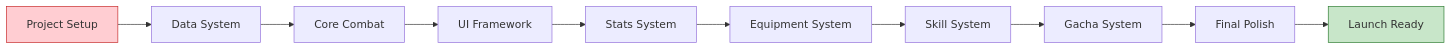
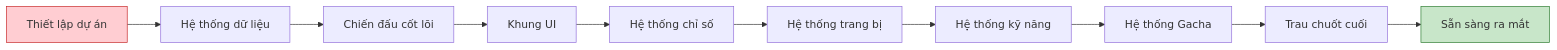
Before and after one commit to luantran-working/idlegame-designdocs: the second of 2 diagrams in docs/plan-timelines/tong-quan.md, drawn with Mermaid. The commit also changed other lines of this file and 9 other files, not shown here.

Commit message:
docs: Add initial project design documentation, including a detailed roadmap and specific timeline plans for various development aspects.

````diff
--- a/docs/plan-timelines/tong-quan.md
+++ b/docs/plan-timelines/tong-quan.md
@@ -144,15 +144,15 @@
 ```mermaid
 flowchart LR
-    A[Project Setup] --> B[Data System]
-    B --> C[Core Combat]
-    C --> D[UI Framework]
-    D --> E[Stats System]
-    E --> F[Equipment System]
-    F --> G[Skill System]
-    G --> H[Gacha System]
-    H --> I[Final Polish]
-    I --> J[Launch Ready]
+    A[Thiết lập dự án] --> B[Hệ thống dữ liệu]
+    B --> C[Chiến đấu cốt lõi]
+    C --> D[Khung UI]
+    D --> E[Hệ thống chỉ số]
+    E --> F[Hệ thống trang bị]
+    F --> G[Hệ thống kỹ năng]
+    G --> H[Hệ thống Gacha]
+    H --> I[Trau chuốt cuối]
+    I --> J[Sẵn sàng ra mắt]
 
     style A fill:#ffcdd2,stroke:#c62828
     style J fill:#c8e6c9,stroke:#2e7d32
 ```
````
